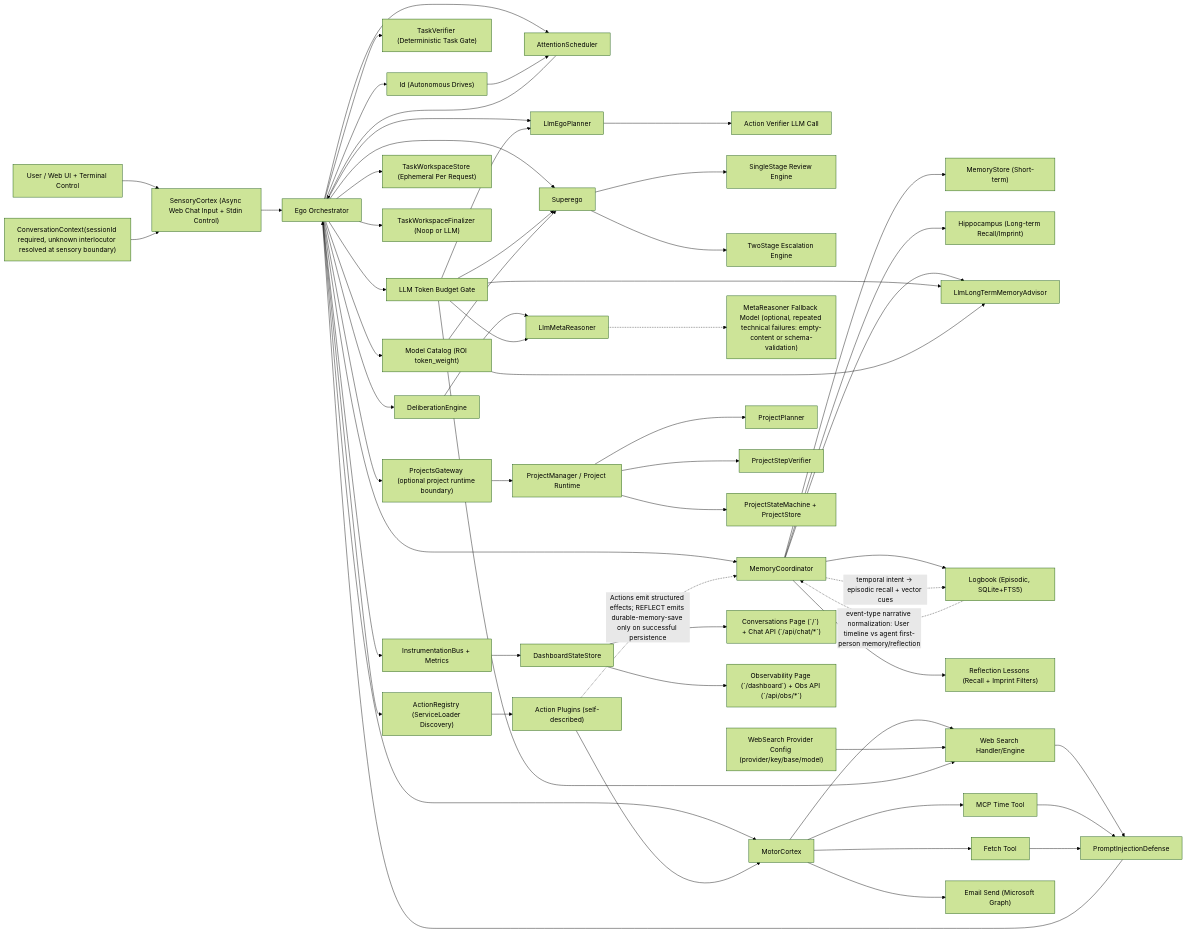
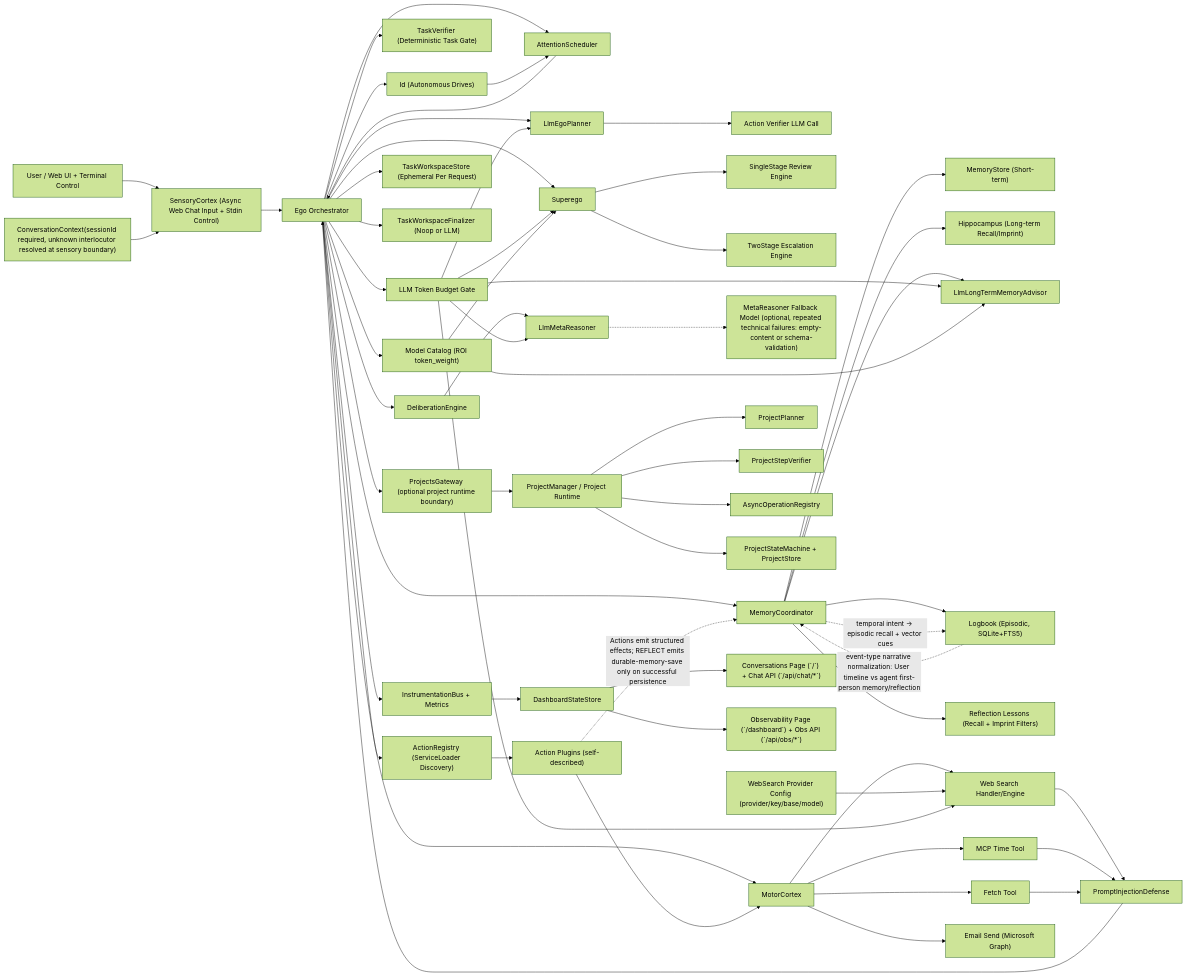
One commit to neopsyke/NeoPsyke changed the first of 7 diagrams in AGENT_LOGIC_DIAGRAM.md. Above: the diagram before and after it, drawn with Mermaid (forest theme). The commit also changed other lines of this file and 22 other files, not shown here.

````diff
--- a/AGENT_LOGIC_DIAGRAM.md
+++ b/AGENT_LOGIC_DIAGRAM.md
@@ -8,69 +8,70 @@
 ```mermaid
 flowchart LR
     U["User / Web UI + Terminal Control"] --> SC["SensoryCortex (Async Web Chat Input + Stdin Control)"]
     SC --> E["Ego Orchestrator"]
     NoteCtx["ConversationContext(sessionId required, unknown interlocutor resolved at sensory boundary)"] --> SC
 
     E --> AS["AttentionScheduler"]
     AS --> E
     ID["Id (Autonomous Drives)"] --> AS
     E --> ID
 
     E --> P["LlmEgoPlanner"]
     P --> AV["Action Verifier LLM Call"]
     E --> TV["TaskVerifier (Deterministic Task Gate)"]
     E --> S["Superego"]
     S --> S1["SingleStage Review Engine"]
     S --> S2["TwoStage Escalation Engine"]
     E --> AR["ActionRegistry (ServiceLoader Discovery)"]
     E --> M["MotorCortex"]
     E --> BG["LLM Token Budget Gate"]
     E --> MCat["Model Catalog (ROI token_weight)"]
 
     E --> DE["DeliberationEngine"]
     DE --> MR["LlmMetaReasoner"]
     MR -.-> MRF["MetaReasoner Fallback Model (optional, repeated technical failures: empty-content or schema-validation)"]
 
     E --> MC["MemoryCoordinator"]
     MC --> MS["MemoryStore (Short-term)"]
     MC --> H["Hippocampus (Long-term Recall/Imprint)"]
     MC --> LTM["LlmLongTermMemoryAdvisor"]
     MC --> LB["Logbook (Episodic, SQLite+FTS5)"]
     LB -.->|"event-type narrative normalization: User timeline vs agent first-person memory/reflection"| MC
     MC --> RL["Reflection Lessons (Recall + Imprint Filters)"]
     MC -.->|"temporal intent → episodic recall + vector cues"| LB
     E --> TWS["TaskWorkspaceStore (Ephemeral Per Request)"]
     E --> TWF["TaskWorkspaceFinalizer (Noop or LLM)"]
     E --> PG["ProjectsGateway (optional project runtime boundary)"]
     PG --> PM["ProjectManager / Project Runtime"]
     PM --> PP["ProjectPlanner"]
     PM --> PV["ProjectStepVerifier"]
+    PM --> AOR["AsyncOperationRegistry"]
     PM --> PS["ProjectStateMachine + ProjectStore"]
 
     AR --> AP["Action Plugins (self-described)"]
     AP --> M
     AP -.->|"Actions emit structured effects; REFLECT emits durable-memory-save only on successful persistence"| MC
 
     M --> WS["Web Search Handler/Engine"]
     CfgWS["WebSearch Provider Config (provider/key/base/model)"] --> WS
     M --> MT["MCP Time Tool"]
     M --> MF["Fetch Tool"]
     M --> EM["Email Send (Microsoft Graph)"]
     WS --> PID["PromptInjectionDefense"]
     MT --> PID
     MF --> PID
     PID --> E
 
     BG --> P
     BG --> S
     BG --> MR
     BG --> LTM
     BG --> WS
     MCat --> S
     MCat --> LTM
 
     E --> I["InstrumentationBus + Metrics"]
     I --> DS["DashboardStateStore"]
     DS --> CP["Conversations Page (`/`) + Chat API (`/api/chat/*`)"]
     DS --> OP["Observability Page (`/dashboard`) + Obs API (`/api/obs/*`)"]
 ```
````
